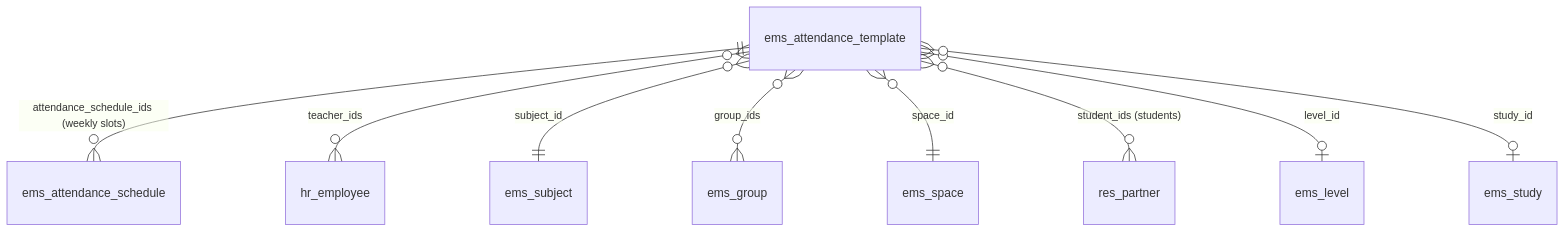
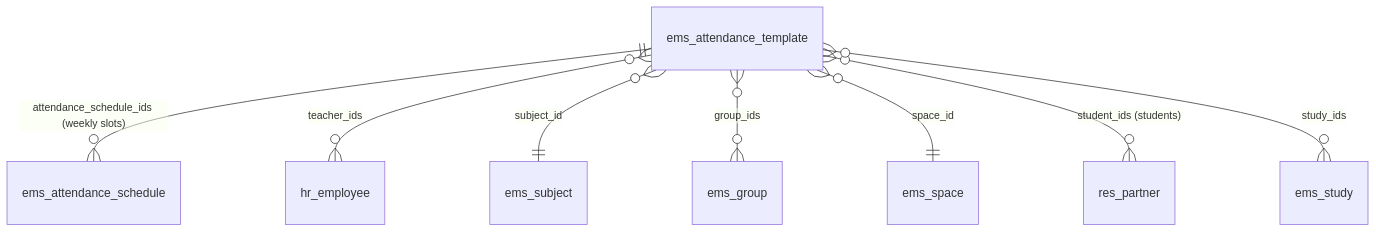
Before and after one commit to ElPuig/EMS: the first of 3 diagrams in docs/en/developers/attendance/attendance_template.md, drawn with Mermaid. The commit also changed other lines of this file and 40 other files, not shown here.

````diff
--- a/docs/en/developers/attendance/attendance_template.md
+++ b/docs/en/developers/attendance/attendance_template.md
@@ -13,11 +15,10 @@
 ```mermaid
 erDiagram
     ems_attendance_template ||--o{ ems_attendance_schedule : "attendance_schedule_ids (weekly slots)"
     ems_attendance_template }o--o{ hr_employee : "teacher_ids"
     ems_attendance_template }o--|| ems_subject : subject_id
     ems_attendance_template }o--o{ ems_group : group_ids
     ems_attendance_template }o--|| ems_space : space_id
     ems_attendance_template }o--o{ res_partner : "student_ids (students)"
-    ems_attendance_template }o--o| ems_level : level_id
-    ems_attendance_template }o--o| ems_study : study_id
+    ems_attendance_template }o--o{ ems_study : study_ids
 ```
````
